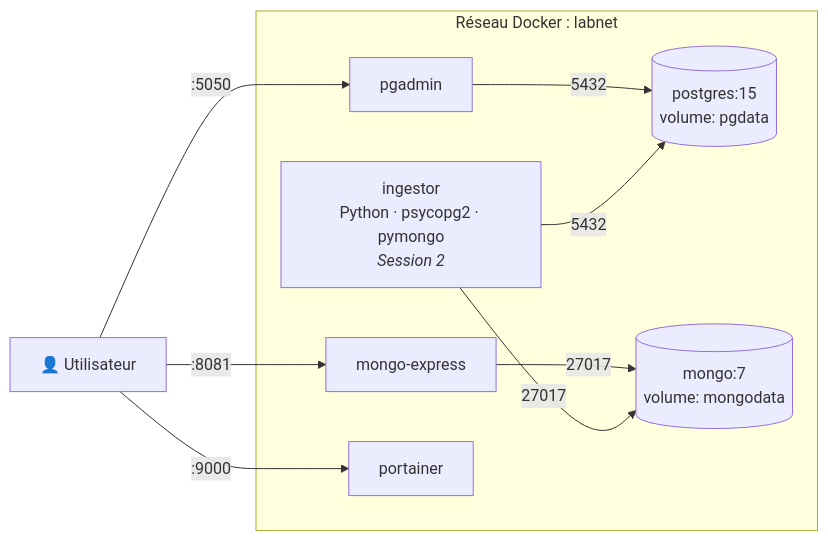
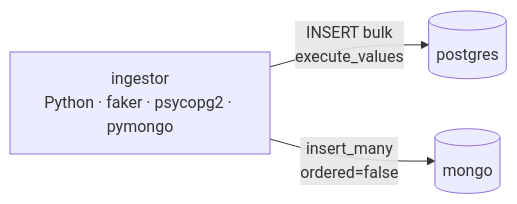
Before and after one commit to Almaire-Lab/labo-sante: the diagram in README.md, drawn with Mermaid. The commit also changed other lines of this file, not shown here.

````diff
--- a/README.md
+++ b/README.md
@@ -138,19 +100,8 @@
 ```mermaid
 flowchart LR
-    U[👤 Utilisateur]
-    subgraph labnet["Réseau Docker : labnet"]
-        ING["ingestor<br/>Python · psycopg2 · pymongo<br/><i>Session 2</i>"]
-        PG[("postgres:15<br/>volume: pgdata")]
-        MG[("mongo:7<br/>volume: mongodata")]
-        PGA[pgadmin]
-        MEX[mongo-express]
-        PORT[portainer]
-    end
-    U -- :5050 --> PGA
-    U -- :8081 --> MEX
-    U -- :9000 --> PORT
-    PGA -- 5432 --> PG
-    MEX -- 27017 --> MG
-    ING -- 5432 --> PG
-    ING -- 27017 --> MG
+    ING[ingestor<br/>Python · faker · psycopg2 · pymongo]
+    PG[(postgres)]
+    MG[(mongo)]
+    ING -- INSERT bulk<br/>execute_values --> PG
+    ING -- insert_many<br/>ordered=false --> MG
 ```
````
